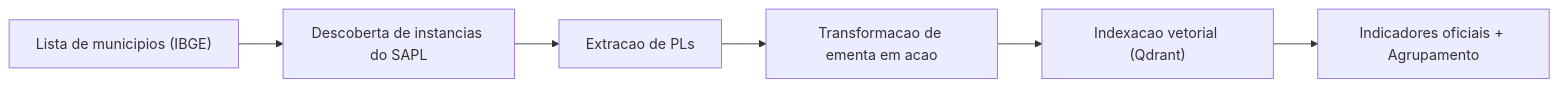
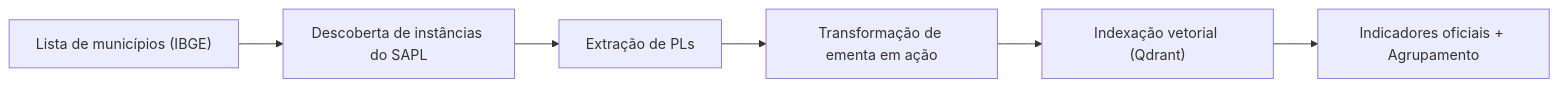
Before and after one commit to thiagoambiel/SonarMunicipal: the diagram in README.md, drawn with Mermaid. The commit also changed other lines of this file and 2 other files, not shown here.

````diff
--- a/README.md
+++ b/README.md
@@ -16,8 +16,8 @@
 ```mermaid
 flowchart LR
-  E1["Lista de municipios (IBGE)"] --> E2["Descoberta de instancias do SAPL"]
-  E2 --> E3["Extracao de PLs"]
-  E3 --> E4["Transformacao de ementa em acao"]
-  E4 --> E5["Indexacao vetorial (Qdrant)"]
+  E1["Lista de municípios (IBGE)"] --> E2["Descoberta de instâncias do SAPL"]
+  E2 --> E3["Extração de PLs"]
+  E3 --> E4["Transformação de ementa em ação"]
+  E4 --> E5["Indexação vetorial (Qdrant)"]
   E5 --> E6["Indicadores oficiais + Agrupamento"]
 ```
````
